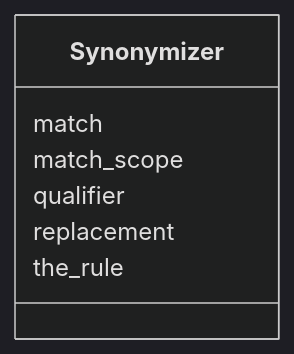
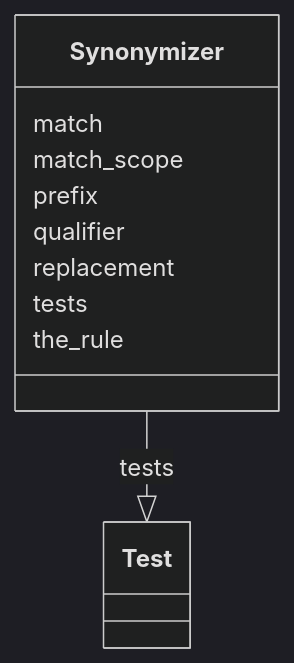
Before and after one commit to cthoyt/ontology-access-kit: the diagram in mapping-rules/Synonymizer.md, drawn with Mermaid (dark theme). The commit also changed other lines of this file and 3287 other files, not shown here.

````diff
--- a/mapping-rules/Synonymizer.md
+++ b/mapping-rules/Synonymizer.md
@@ -9,10 +9,21 @@
 ```{mermaid}
  classDiagram
     class Synonymizer
       Synonymizer : match
+        
       Synonymizer : match_scope
+        
+      Synonymizer : prefix
+        
       Synonymizer : qualifier
+        
       Synonymizer : replacement
+        
+      Synonymizer : tests
+        
+          Synonymizer --|> Test : tests
+        
       Synonymizer : the_rule
+        
       
 ```
````
